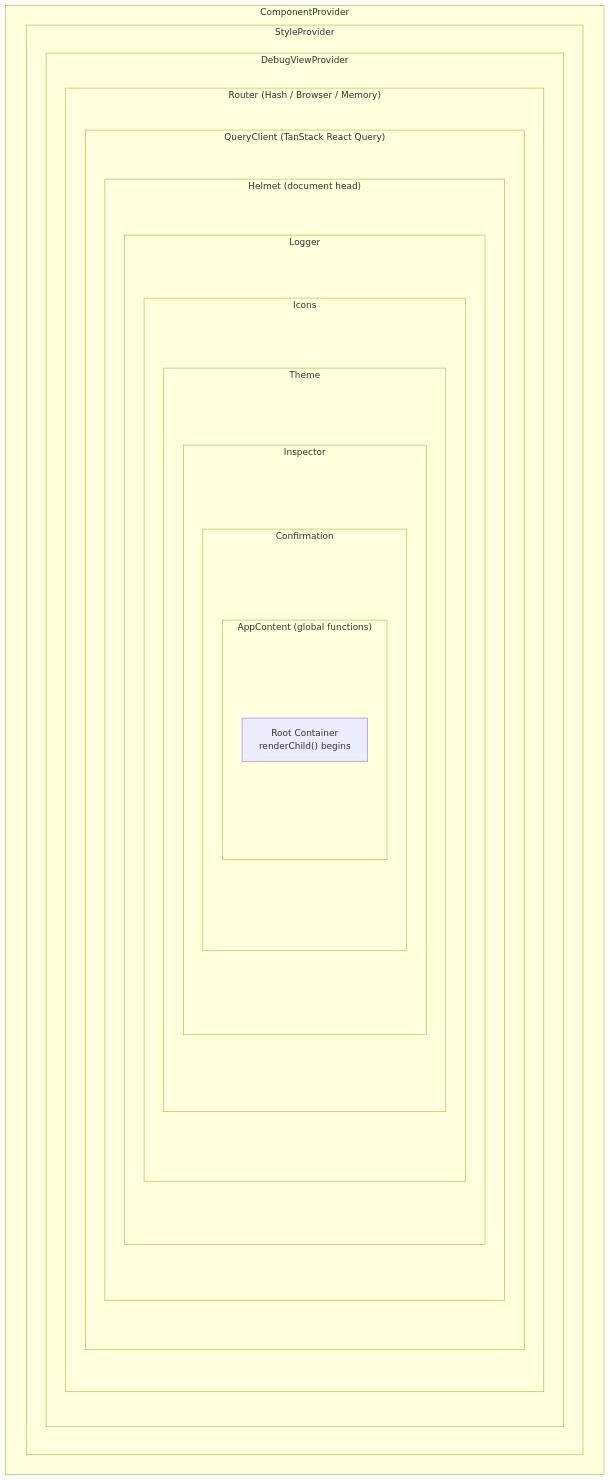
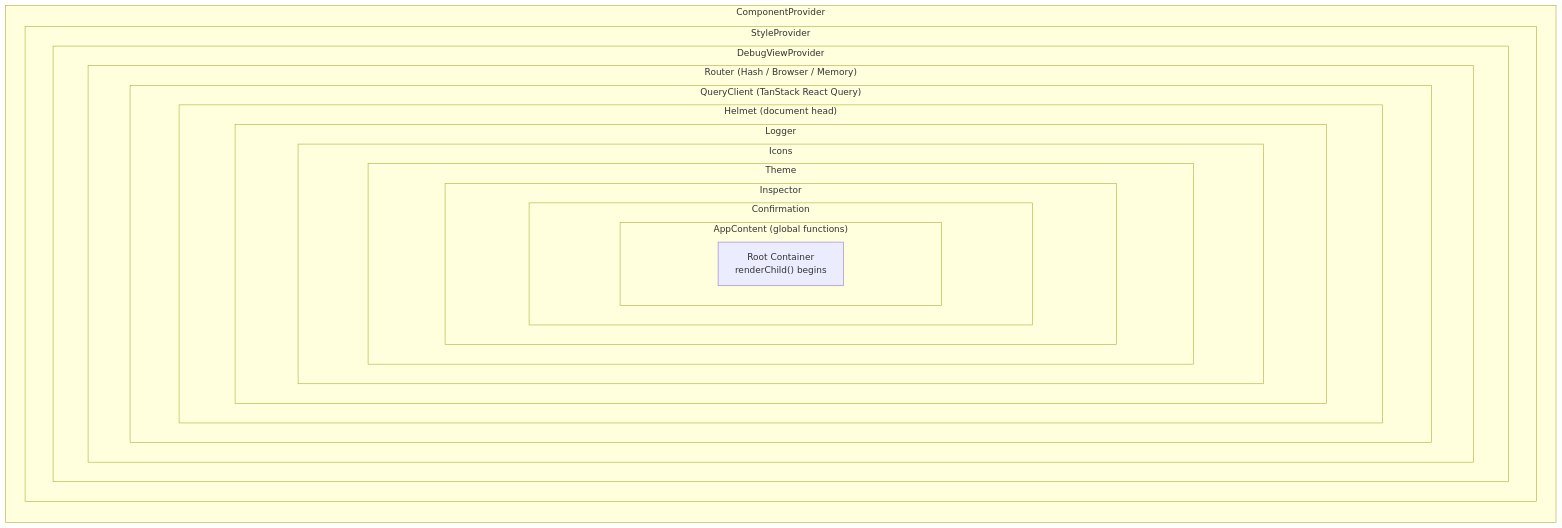
The second of 5 diagrams in xmlui/dev-docs/guide/01-mental-model.md (xmlui-org/xmlui), drawn with Mermaid before and after one commit.

````diff
--- a/xmlui/dev-docs/guide/01-mental-model.md
+++ b/xmlui/dev-docs/guide/01-mental-model.md
@@ -99,28 +99,28 @@
 ```mermaid
-graph TD
+graph LR
   subgraph CP["ComponentProvider"]
     subgraph SP["StyleProvider"]
       subgraph DP["DebugViewProvider"]
         subgraph R["Router (Hash / Browser / Memory)"]
           subgraph QC["QueryClient (TanStack React Query)"]
             subgraph H["Helmet (document head)"]
               subgraph L["Logger"]
                 subgraph I["Icons"]
                   subgraph T["Theme"]
                     subgraph Insp["Inspector"]
                       subgraph Conf["Confirmation"]
                         subgraph AC["AppContent (global functions)"]
                           RC["Root Container<br>renderChild() begins"]
                         end
                       end
                     end
                   end
                 end
               end
             end
           end
         end
       end
     end
   end
 ```
````
